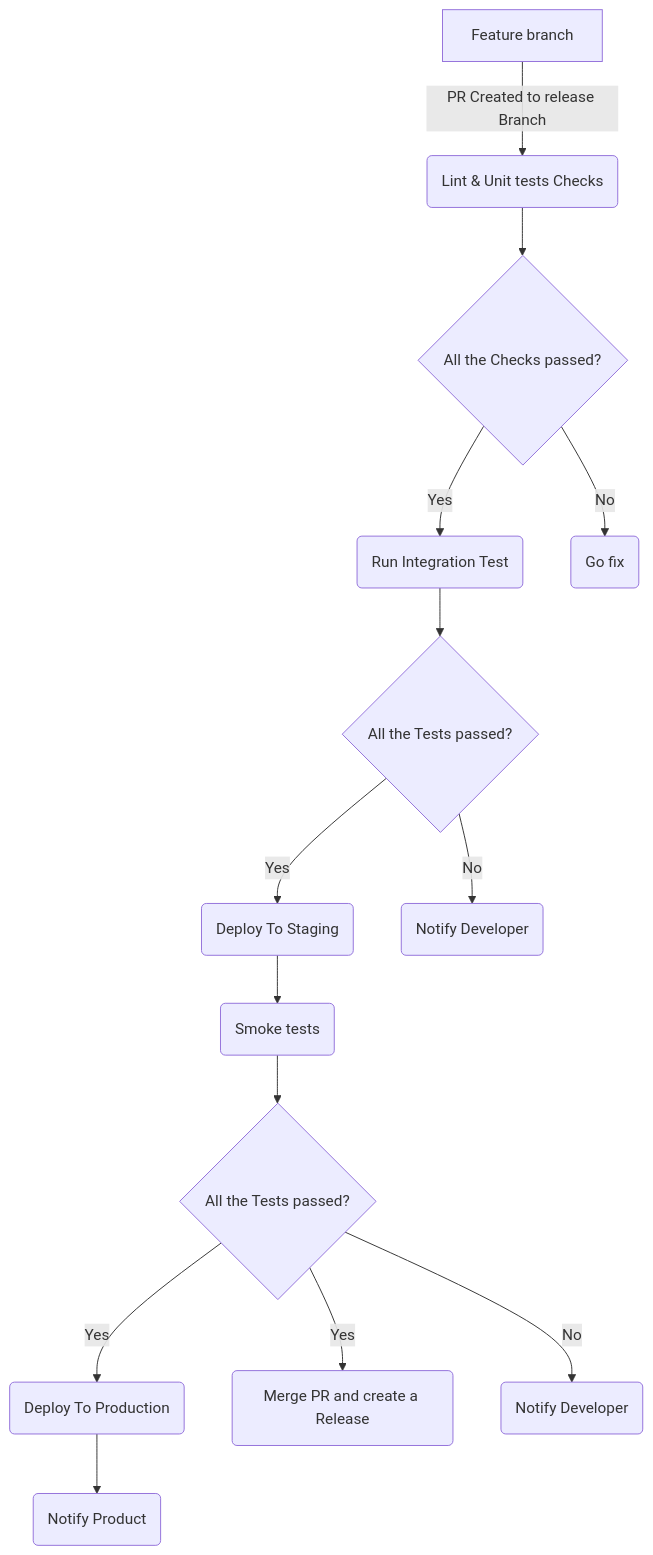
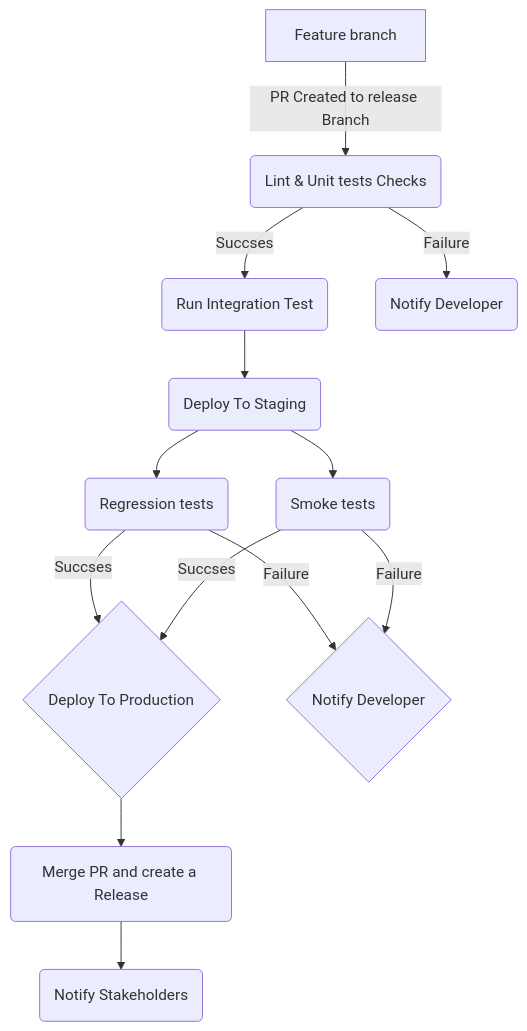
Before and after one commit to ohayonshimon/contractbook: the diagram in README.md, drawn with Mermaid. The commit also changed 4 other files, not shown here.

````diff
--- a/README.md
+++ b/README.md
@@ -38,17 +38,17 @@
 ```mermaid
 graph TD
    A[Feature branch] -->|PR Created to release Branch| B(Lint & Unit tests Checks)
-   B --> C{All the Checks passed?}
-   C --> |Yes|D(Run Integration Test)
-   C --> |No|E(Go fix)
- 
-   D --> F{All the Tests passed?}
-   F --> |Yes| H(Deploy To Staging)
-   F --> |No| G(Notify Developer)
-   H --> I(Smoke tests)
-   I --> J{All the Tests passed?}
-   J --> |Yes|K(Deploy To Production)
-   J --> |Yes|M(Merge PR and create a Release)
-   J --> |No|L(Notify Developer)
-   K --> N(Notify Product)
+   B --> |Succses|C(Run Integration Test)
+   B --> |Failure|D(Notify Developer)
+   C --> E(Deploy To Staging)
+   E --> F(Regression tests)
+   E --> G(Smoke tests)
+
+   F --> |Succses|H{Deploy To Production}
+   G --> |Succses|H{Deploy To Production}
+   F --> |Failure|I{Notify Developer}
+   G --> |Failure|I{Notify Developer}
+   H --> J(Merge PR and create a Release)
+   J --> K(Notify Stakeholders)
+
 ```
````
